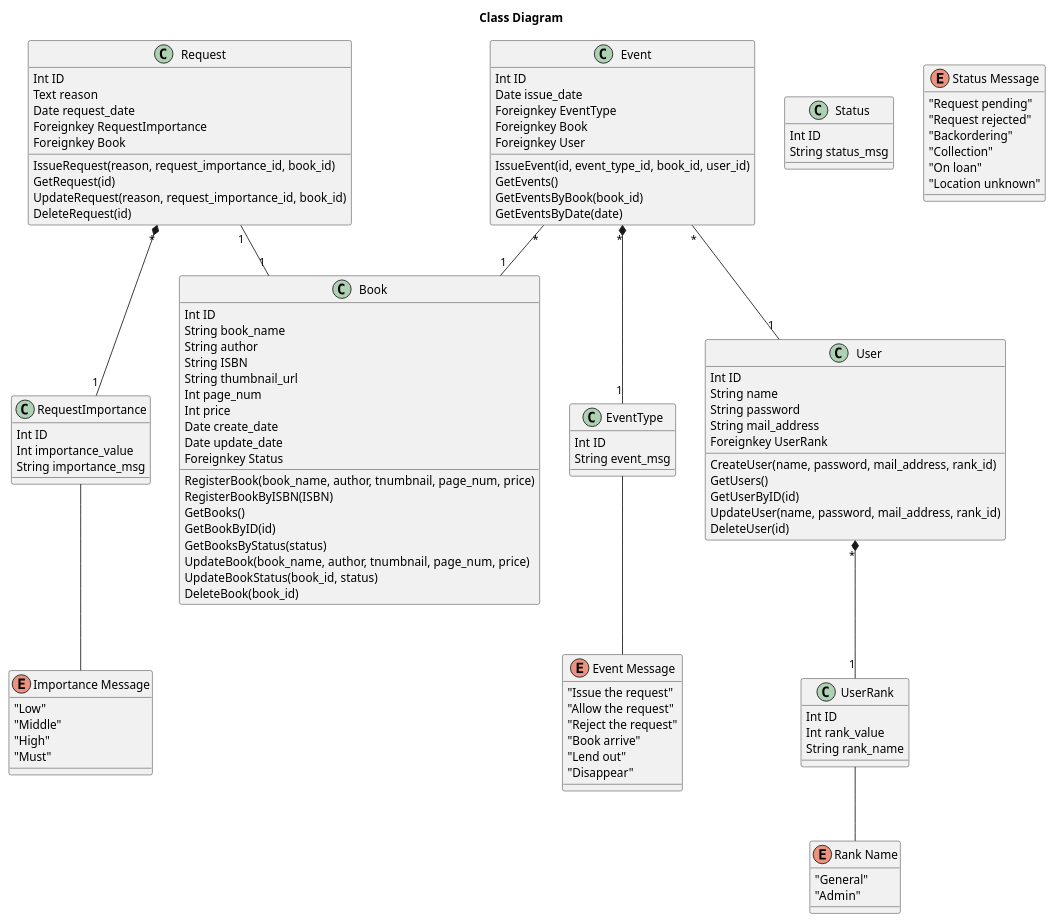
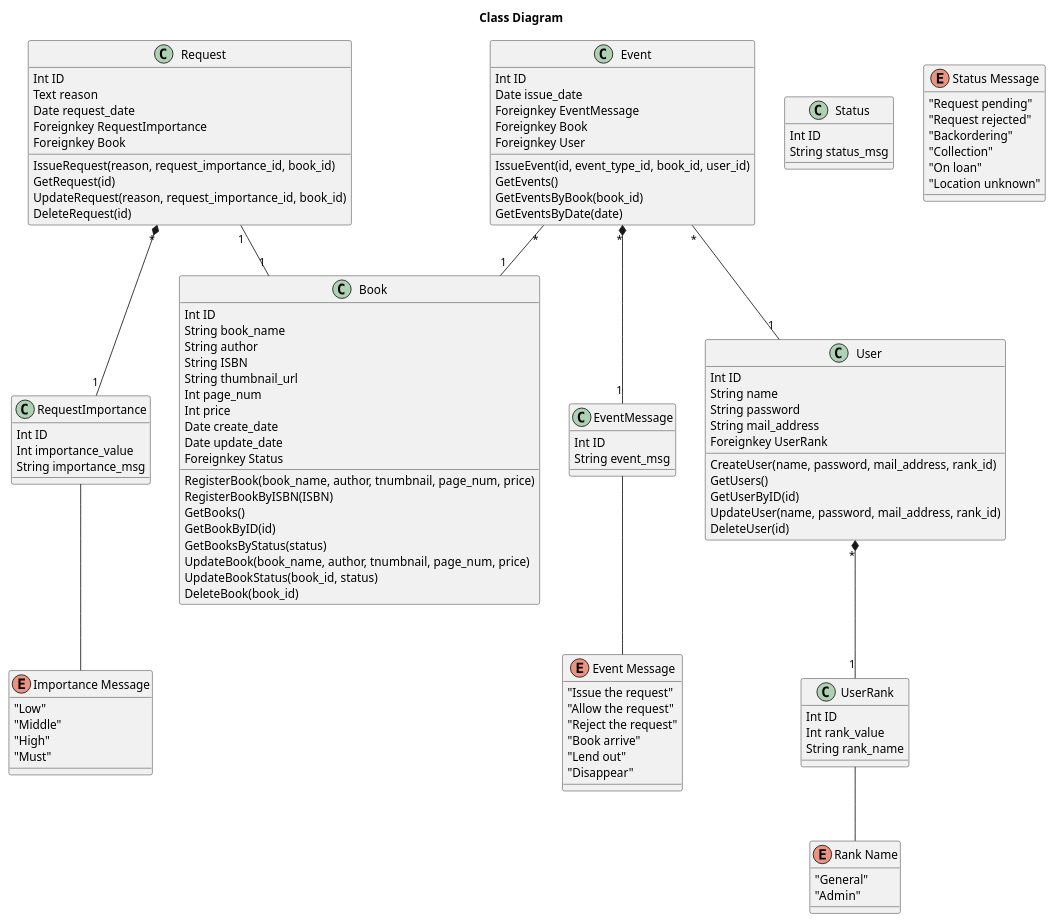
The diagram in docs/design/class.pu (naist-sushi/sushi-library), drawn with PlantUML before and after one commit.

```diff
--- a/docs/design/class.pu
+++ b/docs/design/class.pu
@@ -1,135 +1,135 @@
 @startuml
 title Class Diagram
 class Book {
     Int ID
     String book_name
     String author
     String ISBN
     String thumbnail_url
     Int page_num
     Int price
     Date create_date
     Date update_date
     Foreignkey Status
 
     RegisterBook(book_name, author, tnumbnail, page_num, price)
     RegisterBookByISBN(ISBN)
     GetBooks()
     GetBookByID(id)
     GetBooksByStatus(status)
     UpdateBook(book_name, author, tnumbnail, page_num, price)
     UpdateBookStatus(book_id, status)
     DeleteBook(book_id)
 }
 
 class Status {
     Int ID
     String status_msg
 }
 
 enum "Status Message" as status_msg {
     "Request pending"
     "Request rejected"
     "Backordering"
     "Collection"
     "On loan"
     "Location unknown"
 }
 
 class Request {
     Int ID
     Text reason
     Date request_date
     Foreignkey RequestImportance
     Foreignkey Book
 
     IssueRequest(reason, request_importance_id, book_id)
     GetRequest(id)
     UpdateRequest(reason, request_importance_id, book_id)
     DeleteRequest(id)
 }
 
 class RequestImportance {
     Int ID
     Int importance_value
     String importance_msg
 }
 
 enum "Importance Message" as importance_msg {
     "Low"
     "Middle"
     "High"
     "Must"
 }
 
 class Event {
     Int ID
     Date issue_date
-    Foreignkey EventType
+    Foreignkey EventMessage
     Foreignkey Book
     Foreignkey User
 
     IssueEvent(id, event_type_id, book_id, user_id)
     GetEvents()
     GetEventsByBook(book_id)
     GetEventsByDate(date)
 }
 
-class EventType {
+class EventMessage {
     Int ID
     String event_msg
 }
 
 enum "Event Message" as event_msg{
     "Issue the request"
     "Allow the request"
     "Reject the request"
     "Book arrive"
     "Lend out"
     "Disappear"
 }
 
 class User {
     Int ID
     String name
     String password
     String mail_address
     Foreignkey UserRank
 
     CreateUser(name, password, mail_address, rank_id)
     GetUsers()
     GetUserByID(id)
     UpdateUser(name, password, mail_address, rank_id)
     DeleteUser(id)
 }
 
 class UserRank {
     Int ID
     Int rank_value
     String rank_name
 }
 
 enum "Rank Name" as rank_name {
     "General"
     "Admin"
 }
 
 ' enum
 'Status -- status_msg
 RequestImportance -- importance_msg
-EventType -- event_msg
+EventMessage -- event_msg
 UserRank -- rank_name
 
 ' rerations
 'Book "*" *-- "1" Status
 
 Request "1" -- "1" Book
 Request "*" *-- "1" RequestImportance
 
 Event "*" -- "1" Book
 Event "*" -- "1" User
-Event "*" *-- "1" EventType
+Event "*" *-- "1" EventMessage
 
 User "*" *-- "1" UserRank
 
 @enduml
```
